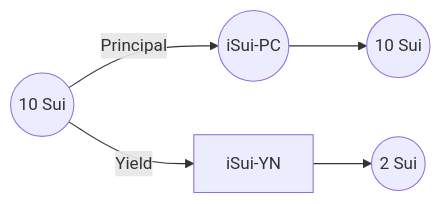
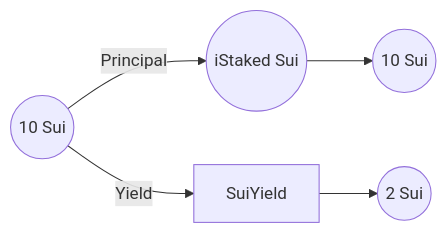
Before and after one commit to interest-protocol/interest-lst: the second of 4 diagrams in README.md, drawn with Mermaid. The commit also changed other lines of this file, not shown here.

````diff
--- a/README.md
+++ b/README.md
@@ -45,7 +45,7 @@
 ```mermaid
 graph LR
-A((10 Sui)) -- Principal --> B((iSui-PC))
-A -- Yield --> C[iSui-YN]
+A((10 Sui)) -- Principal --> B((iStaked Sui))
+A -- Yield --> C[SuiYield]
 B --> D((10 Sui))
 C --> E((2 Sui))
 ```
````
